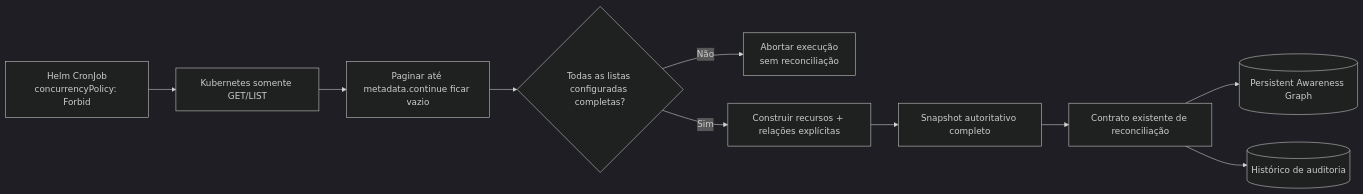
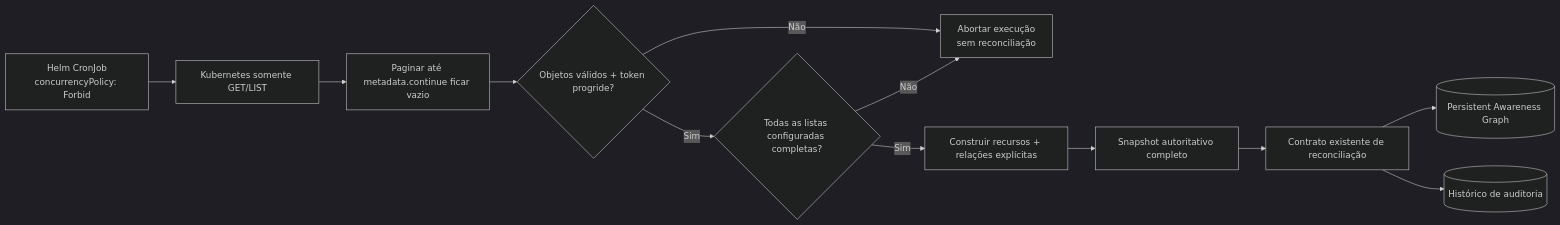
The third of 4 diagrams in docs/persistent-awareness-graph.pt-BR.md (marcocristofolini/ai-sre-rca), drawn with Mermaid (dark theme) before and after one commit. The commit also changed other lines of this file, not shown here.

Commit message:
docs: document fail-closed Kubernetes inventory identity pt-br

```diff
--- a/docs/persistent-awareness-graph.pt-BR.md
+++ b/docs/persistent-awareness-graph.pt-BR.md
@@ -89,12 +89,14 @@
 ~~~mermaid
 flowchart LR
     CRON[Helm CronJob<br/>concurrencyPolicy: Forbid] --> GET[Kubernetes somente GET/LIST]
     GET --> PAGE[Paginar até metadata.continue ficar vazio]
-    PAGE --> COMPLETE{Todas as listas configuradas completas?}
-    COMPLETE -->|Não| ABORT[Abortar execução<br/>sem reconciliação]
+    PAGE --> VALID{Objetos válidos + token progride?}
+    VALID -->|Não| ABORT[Abortar execução<br/>sem reconciliação]
+    VALID -->|Sim| COMPLETE{Todas as listas configuradas completas?}
+    COMPLETE -->|Não| ABORT
     COMPLETE -->|Sim| BUILD[Construir recursos + relações explícitas]
     BUILD --> SNAP[Snapshot autoritativo completo]
     SNAP --> REC[Contrato existente de reconciliação]
     REC --> PAG[(Persistent Awareness Graph)]
     REC --> AUDIT[(Histórico de auditoria)]
 ~~~
```
